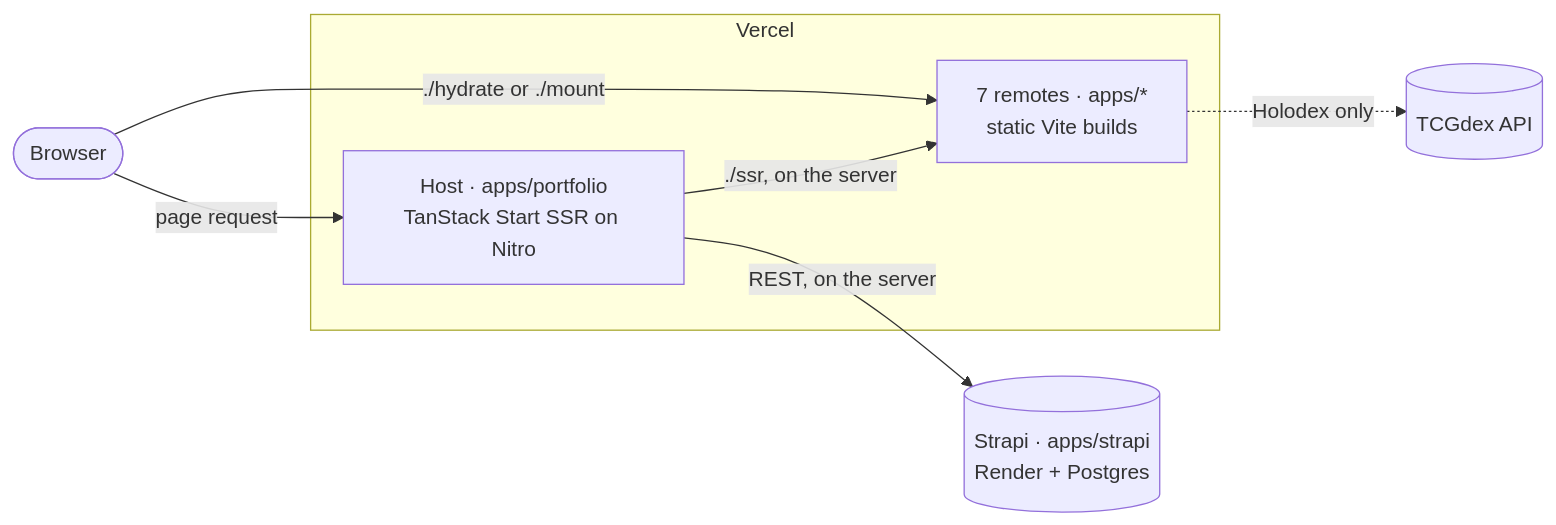
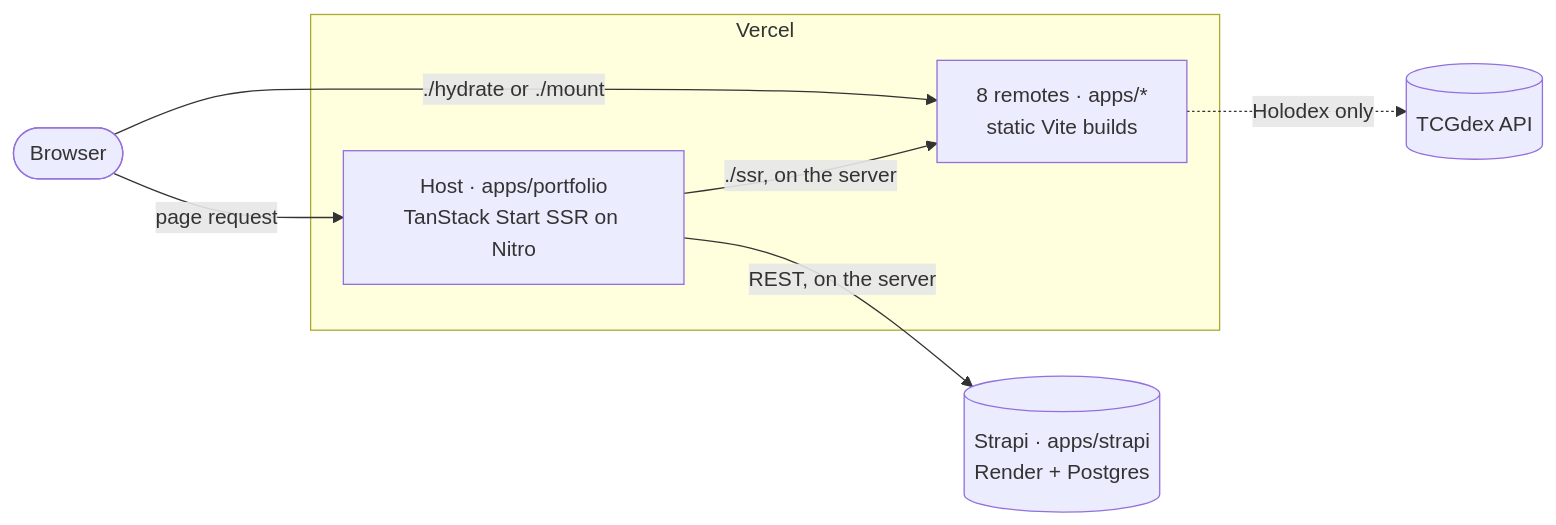
One commit to annminn104/ncam.dev changed the diagram in README.md. Above: the diagram before and after it, drawn with Mermaid. The commit also changed other lines of this file and 23 other files, not shown here.

````diff
--- a/README.md
+++ b/README.md
@@ -89,16 +96,16 @@
 ```mermaid
 flowchart LR
   browser([Browser])
   subgraph vercel [Vercel]
     host["Host · apps/portfolio<br/>TanStack Start SSR on Nitro"]
-    remotes["7 remotes · apps/*<br/>static Vite builds"]
+    remotes["8 remotes · apps/*<br/>static Vite builds"]
   end
   cms[("Strapi · apps/strapi<br/>Render + Postgres")]
   tcgdex[("TCGdex API")]
 
   browser -->|"page request"| host
   host -->|"./ssr, on the server"| remotes
   browser -->|"./hydrate or ./mount"| remotes
   host -->|"REST, on the server"| cms
   remotes -.->|"Holodex only"| tcgdex
 ```
````
